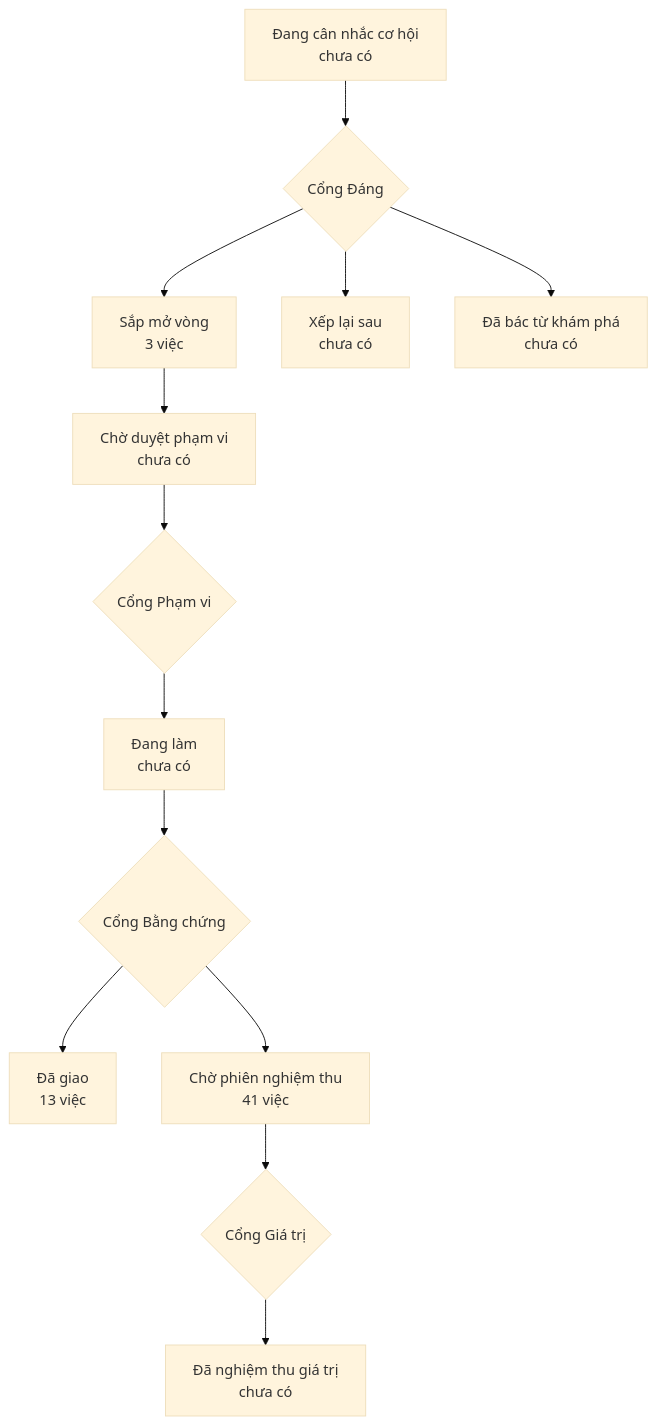
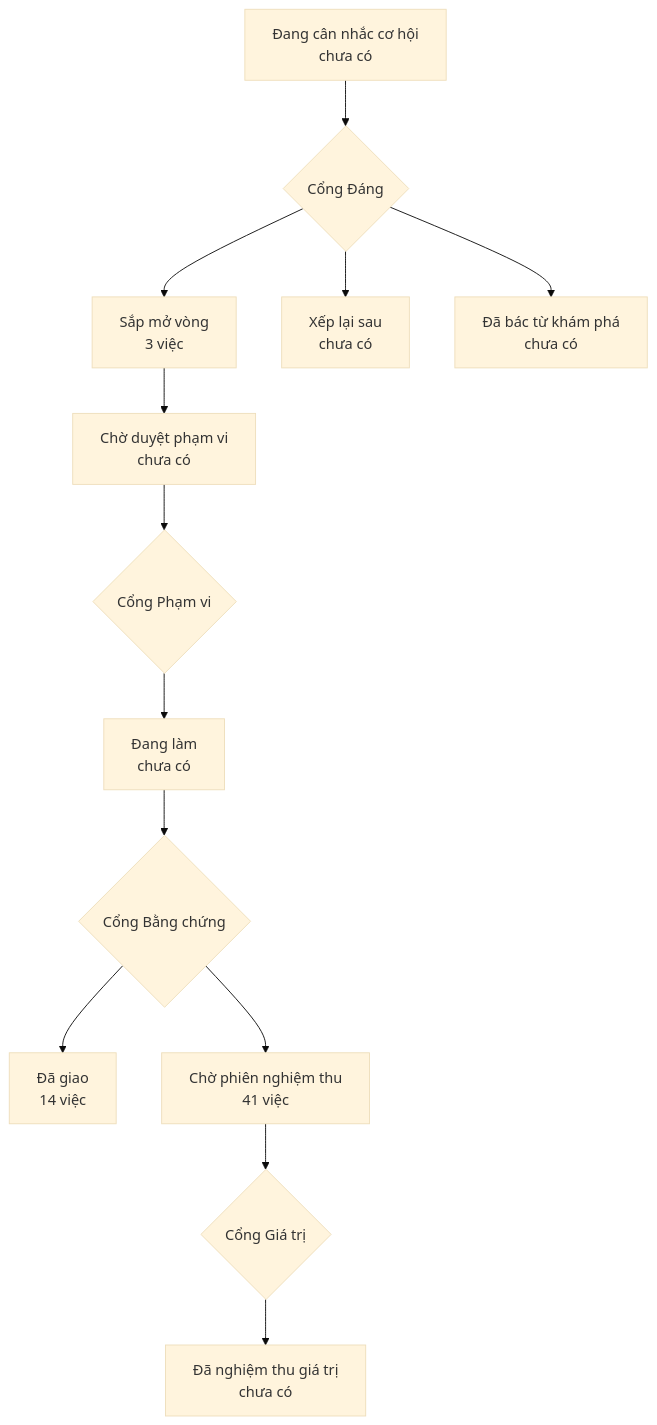
Before and after one commit to phanlemanh/onehub-quy-hang: the diagram in PRODUCT-MAP.md, drawn with Mermaid (base theme). The commit also changed other lines of this file and 1 other file, not shown here.

Commit message:
chore(dien-ma-can-cho-hang): vẽ lại bản đồ sau gộp main (PR #81, #82)

````diff
--- a/PRODUCT-MAP.md
+++ b/PRODUCT-MAP.md
@@ -7,12 +7,12 @@
 ```mermaid
 flowchart TD
   A["Đang cân nhắc cơ hội<br/>chưa có"] --> GD{"Cổng Đáng"}
   GD --> B["Sắp mở vòng<br/>3 việc"]
   GD --> XL["Xếp lại sau<br/>chưa có"]
   GD --> DB["Đã bác từ khám phá<br/>chưa có"]
   B --> CD["Chờ duyệt phạm vi<br/>chưa có"] --> GP{"Cổng Phạm vi"}
   GP --> DL["Đang làm<br/>chưa có"] --> GB{"Cổng Bằng chứng"}
-  GB --> DG["Đã giao<br/>13 việc"]
+  GB --> DG["Đã giao<br/>14 việc"]
   GB --> CN["Chờ phiên nghiệm thu<br/>41 việc"] --> GG{"Cổng Giá trị"}
   GG --> NT["Đã nghiệm thu giá trị<br/>chưa có"]
 ```
````
